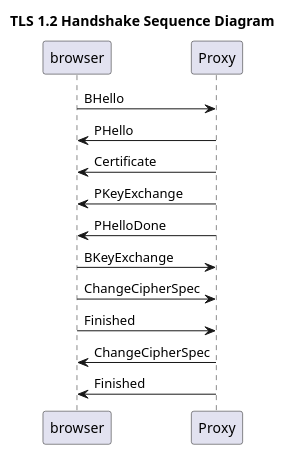
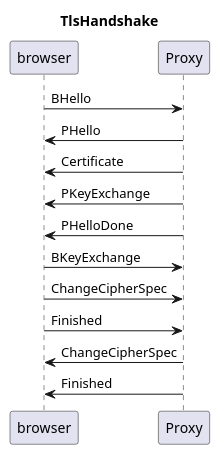
Before and after one commit to Hsouna-M/BurpSuiteFromScratch: the diagram in Docs/tlsHandshakeSequence.plantuml, drawn with PlantUML. The commit also changed 6 other files, not shown here.

```diff
--- a/Docs/tlsHandshakeSequence.plantuml
+++ b/Docs/tlsHandshakeSequence.plantuml
@@ -1,22 +1,22 @@
 @startuml
-title TLS 1.2 Handshake Sequence Diagram
+title TlsHandshake
 
 participant "browser" as B
 participant "Proxy" as P
 
 B -> P: BHello
 
 P -> B: PHello
 
 P -> B: Certificate
 P -> B: PKeyExchange 
 P -> B: PHelloDone
 
 B -> P: BKeyExchange
 B -> P: ChangeCipherSpec
 B -> P: Finished
 
 P -> B: ChangeCipherSpec
 P -> B: Finished
 
 @enduml
```
